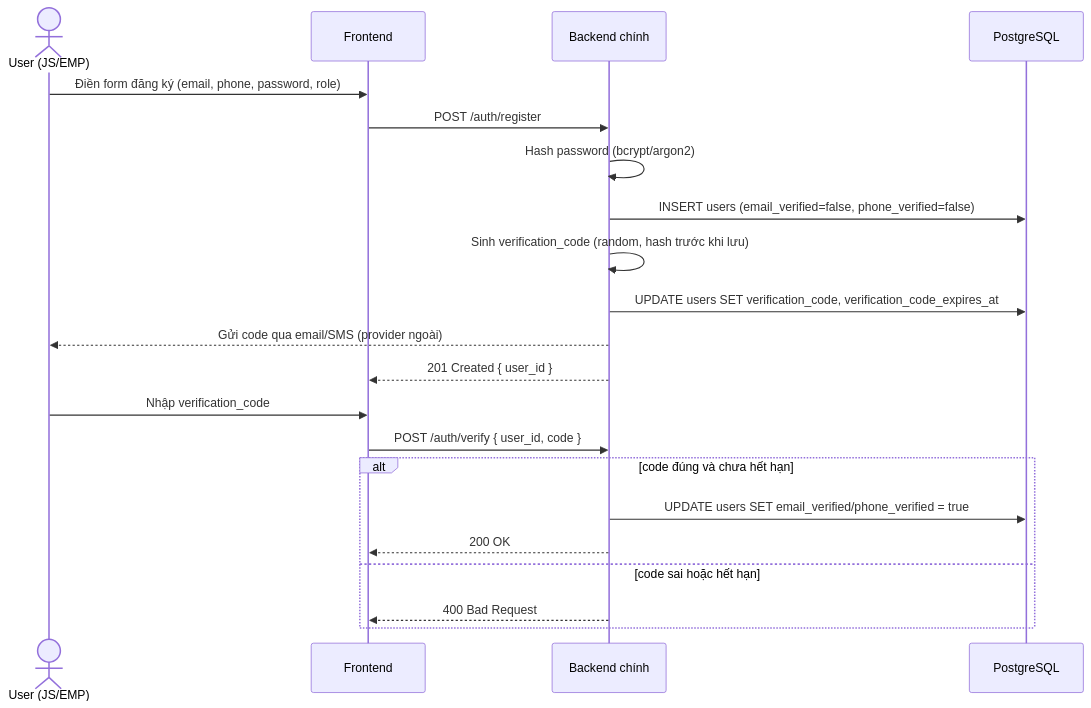
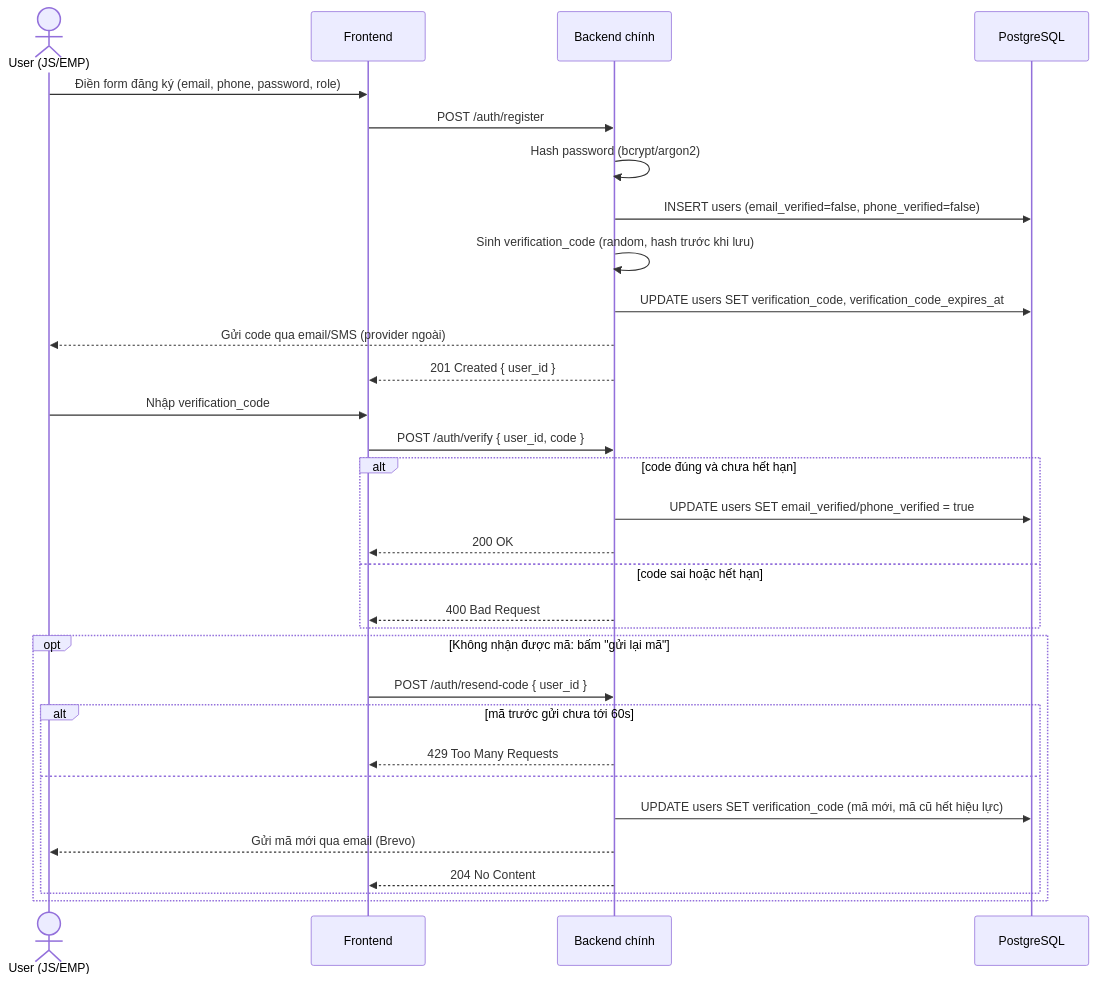
The first of 11 diagrams in docs/design/sequence-diagram.md (VanSyx/DATN_TimViecPartTime), drawn with Mermaid before and after one commit. The commit also changed other lines of this file and 3 other files, not shown here.

Commit message:
docs: đồng bộ thiết kế sau Tuần 8 (UC21 quên mật khẩu, sequence gửi lại mã/quên mật khẩu), DoD, PROD-12

````diff
--- a/docs/design/sequence-diagram.md
+++ b/docs/design/sequence-diagram.md
@@ -7,25 +7,36 @@
 ```mermaid
 sequenceDiagram
     actor U as User (JS/EMP)
     participant FE as Frontend
     participant BE as Backend chính
     participant DB as PostgreSQL
 
     U->>FE: Điền form đăng ký (email, phone, password, role)
     FE->>BE: POST /auth/register
     BE->>BE: Hash password (bcrypt/argon2)
     BE->>DB: INSERT users (email_verified=false, phone_verified=false)
     BE->>BE: Sinh verification_code (random, hash trước khi lưu)
     BE->>DB: UPDATE users SET verification_code, verification_code_expires_at
     BE-->>U: Gửi code qua email/SMS (provider ngoài)
     BE-->>FE: 201 Created { user_id }
 
     U->>FE: Nhập verification_code
     FE->>BE: POST /auth/verify { user_id, code }
     alt code đúng và chưa hết hạn
         BE->>DB: UPDATE users SET email_verified/phone_verified = true
         BE-->>FE: 200 OK
     else code sai hoặc hết hạn
         BE-->>FE: 400 Bad Request
     end
+
+    opt Không nhận được mã: bấm "gửi lại mã"
+        FE->>BE: POST /auth/resend-code { user_id }
+        alt mã trước gửi chưa tới 60s
+            BE-->>FE: 429 Too Many Requests
+        else
+            BE->>DB: UPDATE users SET verification_code (mã mới, mã cũ hết hiệu lực)
+            BE-->>U: Gửi mã mới qua email (Brevo)
+            BE-->>FE: 204 No Content
+        end
+    end
 ```
````
